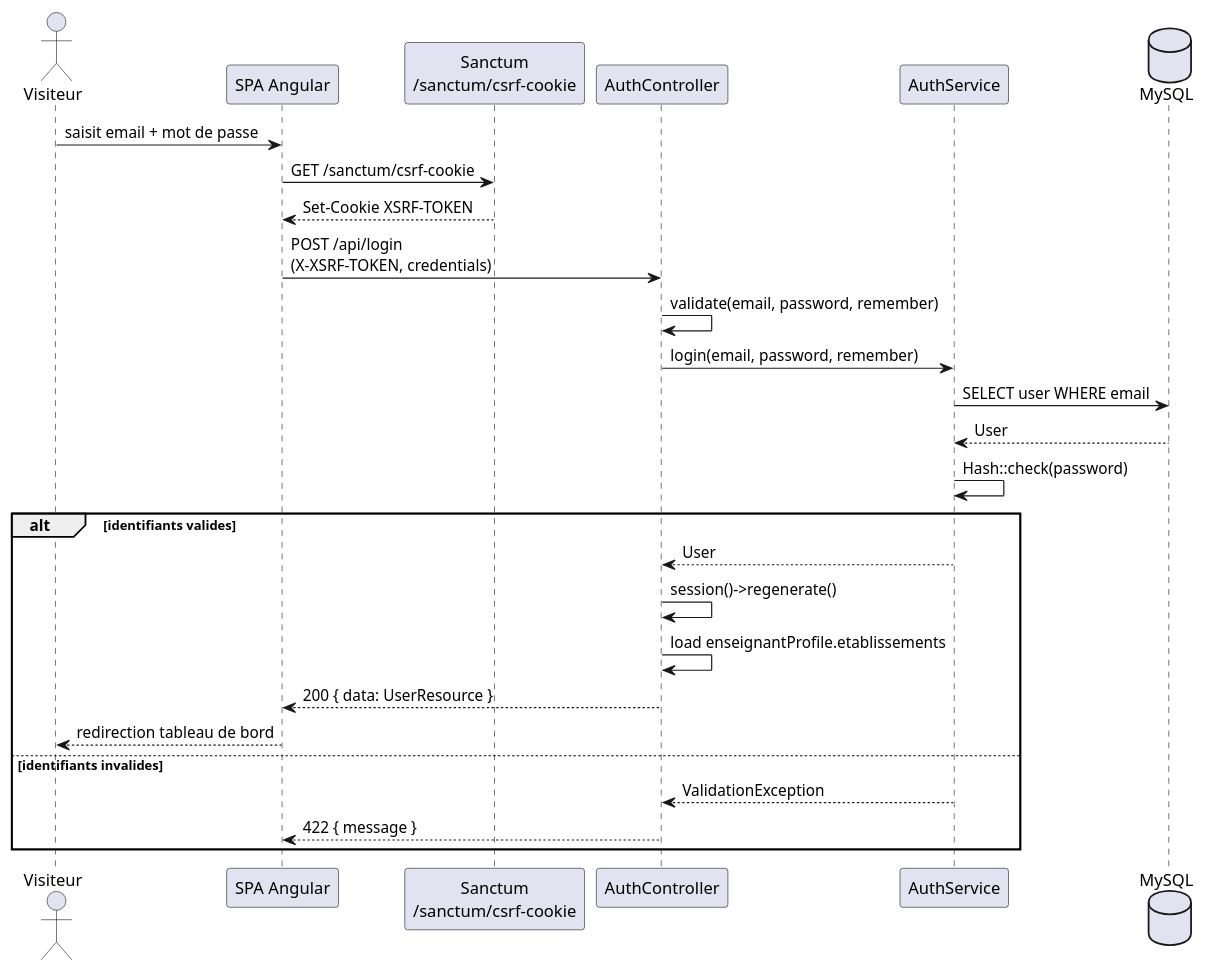
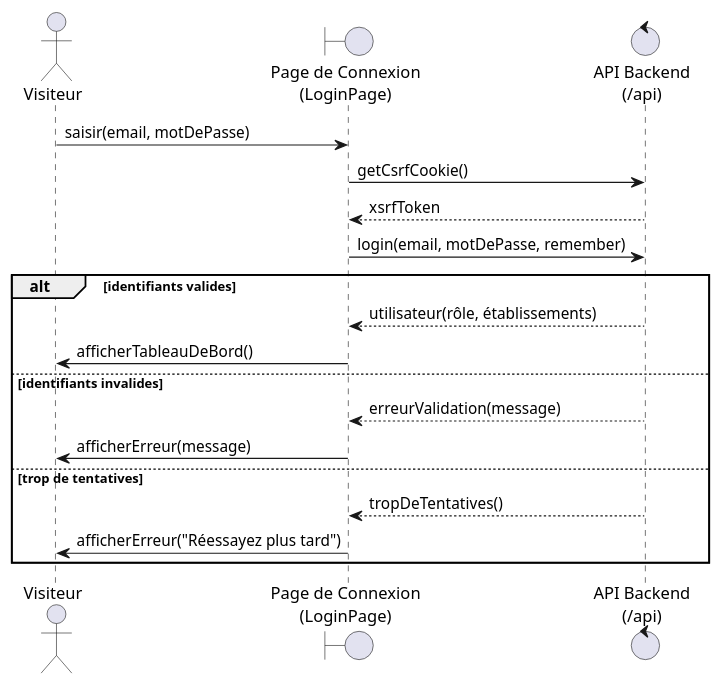
Before and after one commit to CyberCodeCracker/pfa: the third of 4 diagrams in SPRINT_1_Login_et_Securite.md, drawn with PlantUML. The commit also changed other lines of this file and 8 other files, not shown here.

````diff
--- a/SPRINT_1_Login_et_Securite.md
+++ b/SPRINT_1_Login_et_Securite.md
@@ -190,30 +190,22 @@
 ```plantuml
 @startuml SEQ_Sprint1_Login
 actor Visiteur
-participant "SPA Angular" as SPA
-participant "Sanctum\n/sanctum/csrf-cookie" as CSRF
-participant "AuthController" as Ctrl
-participant "AuthService" as Svc
-database "MySQL" as DB
+boundary "Page de Connexion\n(LoginPage)" as Login
+control "API Backend\n(/api)" as API
 
-Visiteur -> SPA : saisit email + mot de passe
-SPA -> CSRF : GET /sanctum/csrf-cookie
-CSRF --> SPA : Set-Cookie XSRF-TOKEN
-SPA -> Ctrl : POST /api/login\n(X-XSRF-TOKEN, credentials)
-Ctrl -> Ctrl : validate(email, password, remember)
-Ctrl -> Svc : login(email, password, remember)
-Svc -> DB : SELECT user WHERE email
-DB --> Svc : User
-Svc -> Svc : Hash::check(password)
+Visiteur -> Login : saisir(email, motDePasse)
+Login -> API : getCsrfCookie()
+API --> Login : xsrfToken
+Login -> API : login(email, motDePasse, remember)
 alt identifiants valides
-  Svc --> Ctrl : User
-  Ctrl -> Ctrl : session()->regenerate()
-  Ctrl -> Ctrl : load enseignantProfile.etablissements
-  Ctrl --> SPA : 200 { data: UserResource }
-  SPA --> Visiteur : redirection tableau de bord
+  API --> Login : utilisateur(rôle, établissements)
+  Login -> Visiteur : afficherTableauDeBord()
 else identifiants invalides
-  Svc --> Ctrl : ValidationException
-  Ctrl --> SPA : 422 { message }
+  API --> Login : erreurValidation(message)
+  Login -> Visiteur : afficherErreur(message)
+else trop de tentatives
+  API --> Login : tropDeTentatives()
+  Login -> Visiteur : afficherErreur("Réessayez plus tard")
 end
 @enduml
 ```
````
